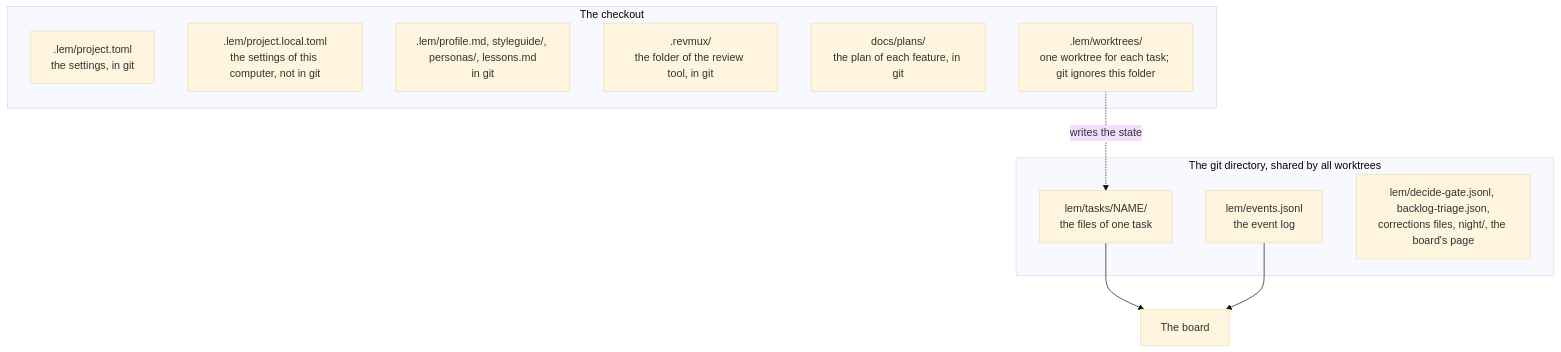
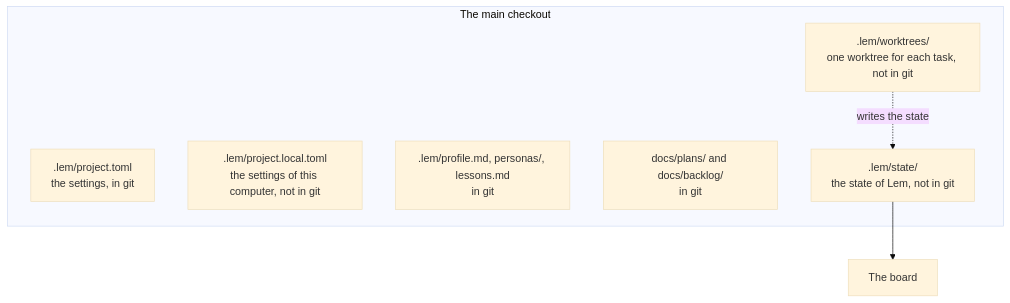
Before and after one commit to pySilver/lem: the second of 2 diagrams in docs/inside.md, drawn with Mermaid (base theme). The commit also changed other lines of this file and 3 other files, not shown here.

First line of the commit message:
docs(lem): flow, settings, inside and install in the words of now

````diff
--- a/docs/inside.md
+++ b/docs/inside.md
@@ -70,19 +75,13 @@
 ```mermaid
 flowchart TD
-    subgraph checkout [The checkout]
+    subgraph checkout [The main checkout]
         toml[.lem/project.toml<br/>the settings, in git]
         local[.lem/project.local.toml<br/>the settings of this computer, not in git]
-        profiles[.lem/profile.md, styleguide/, personas/, lessons.md<br/>in git]
-        revmux[.revmux/<br/>the folder of the review tool, in git]
-        plans[docs/plans/<br/>the plan of each feature, in git]
-        wt[.lem/worktrees/<br/>one worktree for each task; git ignores this folder]
+        profiles[.lem/profile.md, personas/, lessons.md<br/>in git]
+        plans[docs/plans/ and docs/backlog/<br/>in git]
+        wt[.lem/worktrees/<br/>one worktree for each task, not in git]
+        state[.lem/state/<br/>the state of Lem, not in git]
     end
-    subgraph gitdir [The git directory, shared by all worktrees]
-        tasks[lem/tasks/NAME/<br/>the files of one task]
-        events[lem/events.jsonl<br/>the event log]
-        more[lem/decide-gate.jsonl, backlog-triage.json,<br/>corrections files, night/, the board's page]
-    end
-    wt -. writes the state .-> tasks
-    tasks --> board[The board]
-    events --> board
+    wt -. writes the state .-> state
+    state --> board[The board]
 ```
````
